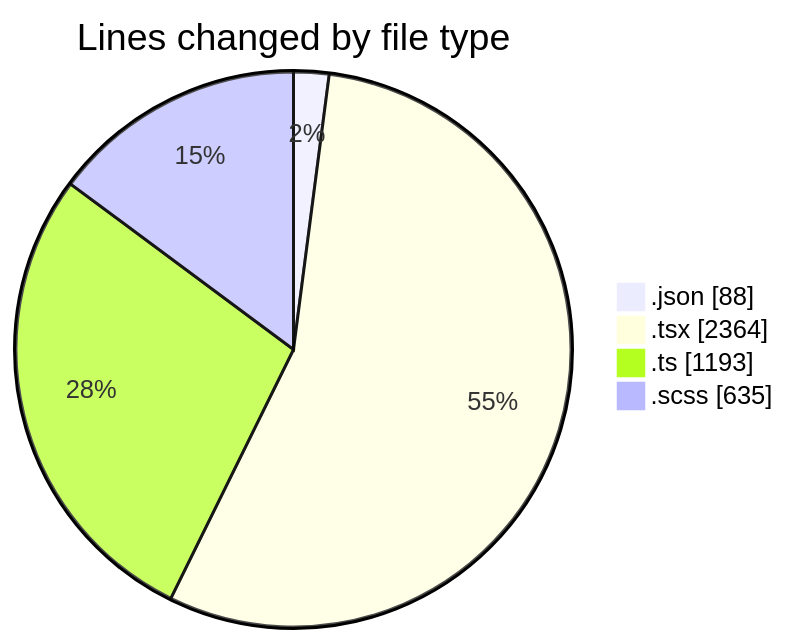
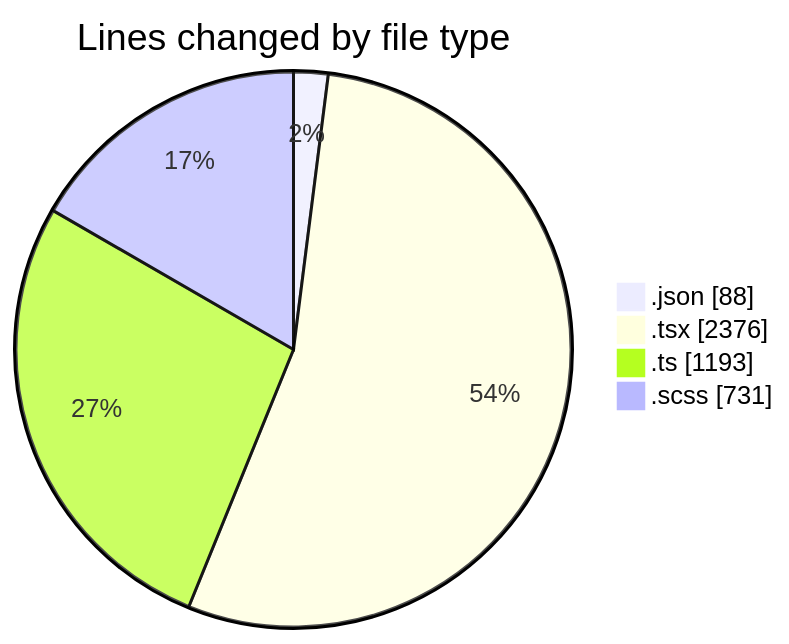
One commit to momahboobian/code-tracking changed the first of 2 diagrams in 2026-10-22/cda/README.md. Above: the diagram before and after it, drawn with Mermaid. The commit also changed other lines of this file and 1 other file, not shown here.

````diff
--- a/2026-10-22/cda/README.md
+++ b/2026-10-22/cda/README.md
@@ -30,8 +30,8 @@
 ```mermaid
 pie showData
 title Lines changed by file type
 ".json" : 88
-".tsx" : 2364
+".tsx" : 2376
 ".ts" : 1193
-".scss" : 635
+".scss" : 731
 ```
````
